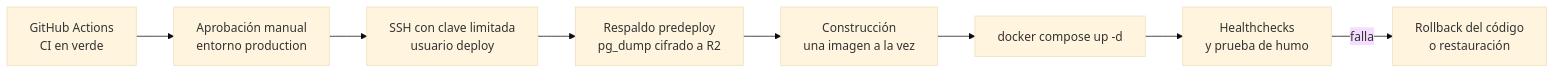
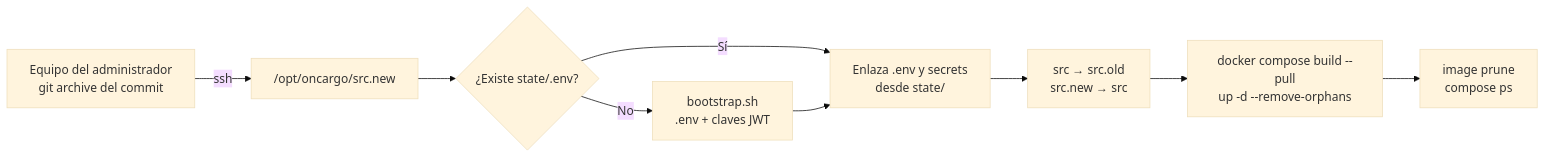
The diagram in docs/infraestructura/semestre-2/implementacion-datacenter.md (TheReeds/ProyectoEPE-LOGYX), drawn with Mermaid (base theme) before and after one commit. The commit also changed other lines of this file and 9 other files, not shown here.

````diff
--- a/docs/infraestructura/semestre-2/implementacion-datacenter.md
+++ b/docs/infraestructura/semestre-2/implementacion-datacenter.md
@@ -696,14 +474,11 @@
 ```mermaid
 graph LR
-    CI["GitHub Actions<br/>CI en verde"]
-    APR["Aprobación manual<br/>entorno production"]
-    SSH["SSH con clave limitada<br/>usuario deploy"]
-    BK["Respaldo predeploy<br/>pg_dump cifrado a R2"]
-    BLD["Construcción<br/>una imagen a la vez"]
-    UP["docker compose up -d"]
-    HC["Healthchecks<br/>y prueba de humo"]
-    RB["Rollback del código<br/>o restauración"]
-
-    CI --> APR --> SSH --> BK --> BLD --> UP --> HC
-    HC -->|"falla"| RB
+    A["Equipo del administrador<br/>git archive del commit"] -->|ssh| B["/opt/oncargo/src.new"]
+    B --> C{"¿Existe state/.env?"}
+    C -->|No| D["bootstrap.sh<br/>.env + claves JWT"]
+    C -->|Sí| E["Enlaza .env y secrets<br/>desde state/"]
+    D --> E
+    E --> F["src → src.old<br/>src.new → src"]
+    F --> G["docker compose build --pull<br/>up -d --remove-orphans"]
+    G --> H["image prune<br/>compose ps"]
 ```
````
